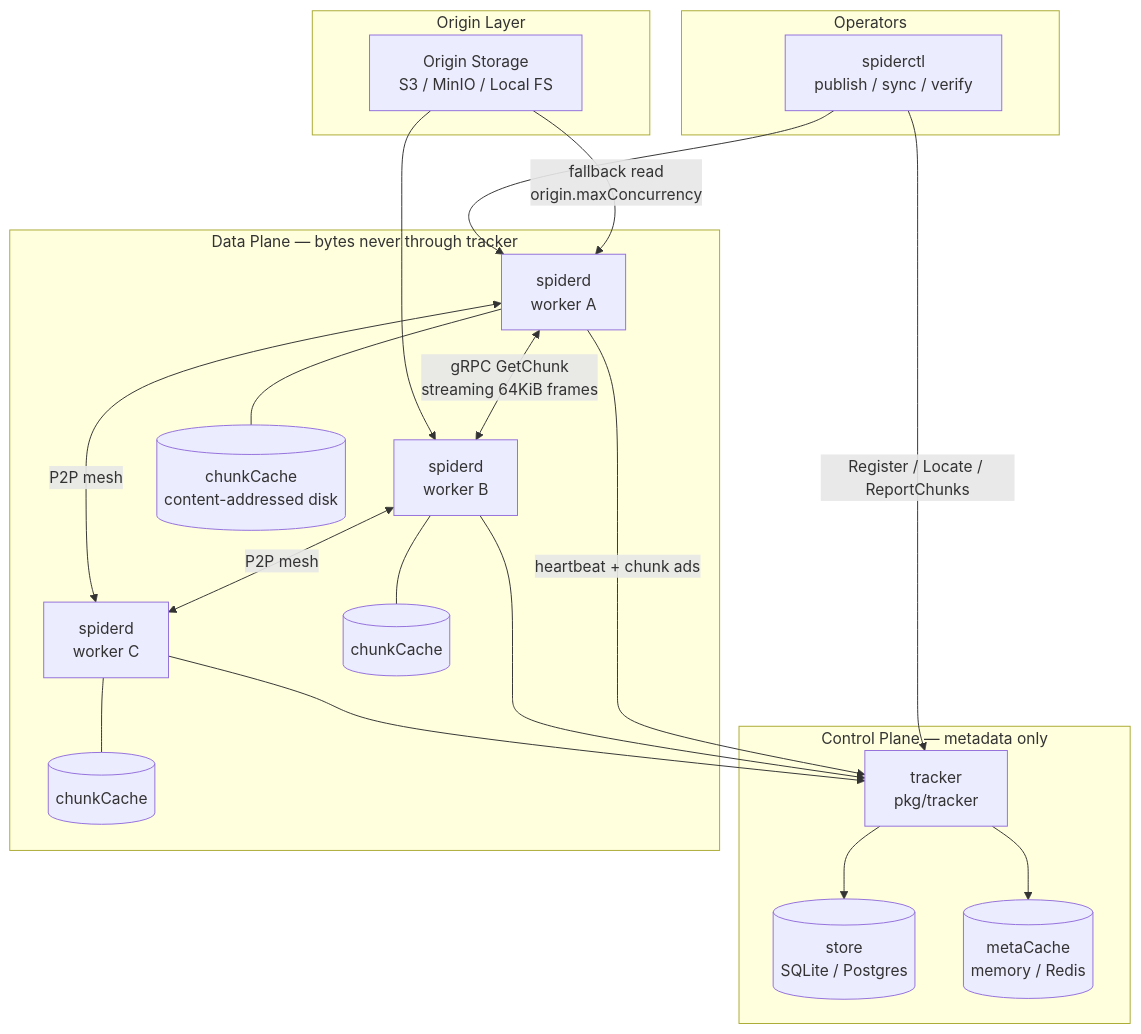
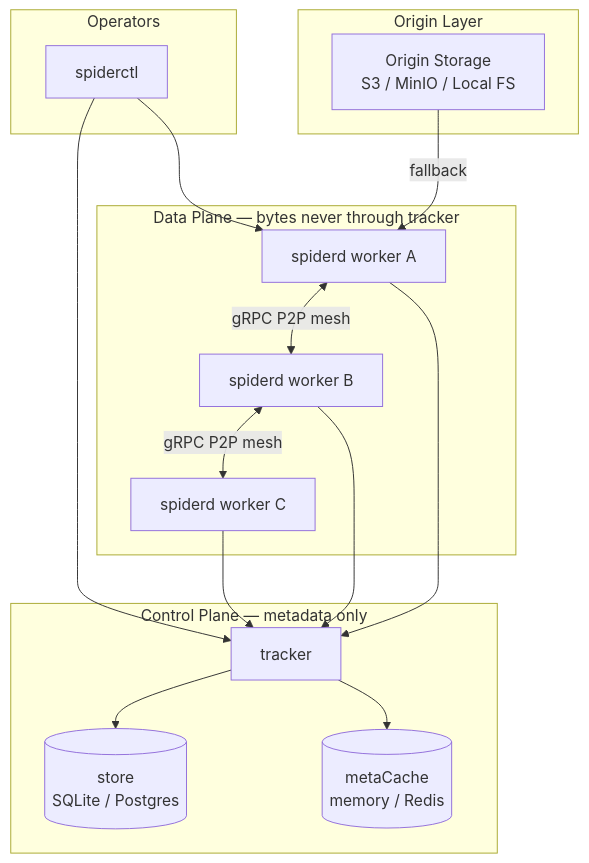
Before and after one commit to ShadyD45/spider: the diagram in README.md, drawn with Mermaid. The commit also changed other lines of this file and 2 other files, not shown here.

First line of the commit message:
Split detailed architecture diagrams into docs/architecture.md.

````diff
--- a/README.md
+++ b/README.md
@@ -42,41 +42,33 @@
 ```mermaid
 flowchart TB
   subgraph origin_layer [Origin Layer]
     Origin["Origin Storage\nS3 / MinIO / Local FS"]
   end
 
   subgraph control_plane [Control Plane — metadata only]
-    Tracker["tracker\npkg/tracker"]
+    Tracker["tracker"]
     Store[("store\nSQLite / Postgres")]
     MetaCache[("metaCache\nmemory / Redis")]
     Tracker --> Store
     Tracker --> MetaCache
   end
 
   subgraph data_plane [Data Plane — bytes never through tracker]
-    SpiderdA["spiderd\nworker A"]
-    SpiderdB["spiderd\nworker B"]
-    SpiderdC["spiderd\nworker C"]
-    ChunkStoreA[("chunkCache\ncontent-addressed disk")]
-    ChunkStoreB[("chunkCache")]
-    ChunkStoreC[("chunkCache")]
-    SpiderdA --- ChunkStoreA
-    SpiderdB --- ChunkStoreB
-    SpiderdC --- ChunkStoreC
-    SpiderdA <-->|"gRPC GetChunk\nstreaming 64KiB frames"| SpiderdB
-    SpiderdB <-->|"P2P mesh"| SpiderdC
-    SpiderdA <-->|"P2P mesh"| SpiderdC
+    SpiderdA["spiderd worker A"]
+    SpiderdB["spiderd worker B"]
+    SpiderdC["spiderd worker C"]
+    SpiderdA <-->|"gRPC P2P mesh"| SpiderdB
+    SpiderdB <-->|"gRPC P2P mesh"| SpiderdC
   end
 
   subgraph clients [Operators]
-    Spiderctl["spiderctl\npublish / sync / verify"]
+    Spiderctl["spiderctl"]
   end
 
-  Origin -->|"fallback read\norigin.maxConcurrency"| SpiderdA
-  Origin --> SpiderdB
-  Spiderctl -->|"Register / Locate / ReportChunks"| Tracker
-  SpiderdA -->|"heartbeat + chunk ads"| Tracker
+  Origin -->|"fallback"| SpiderdA
+  Spiderctl --> Tracker
+  SpiderdA --> Tracker
   SpiderdB --> Tracker
   SpiderdC --> Tracker
   Spiderctl --> SpiderdA
 ```
````
